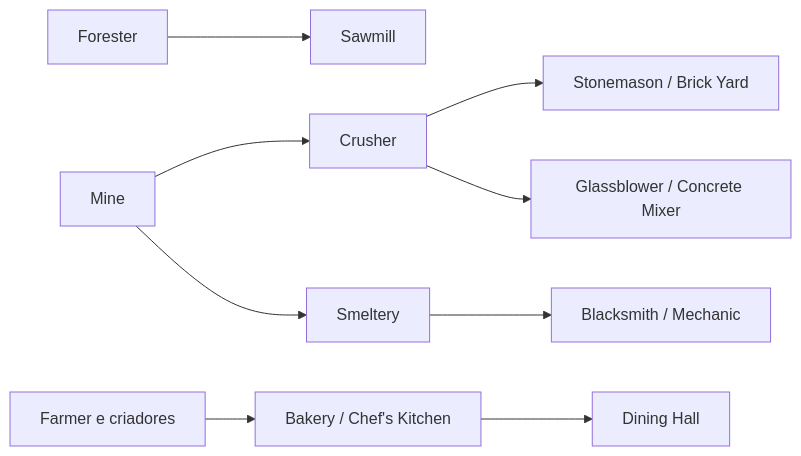
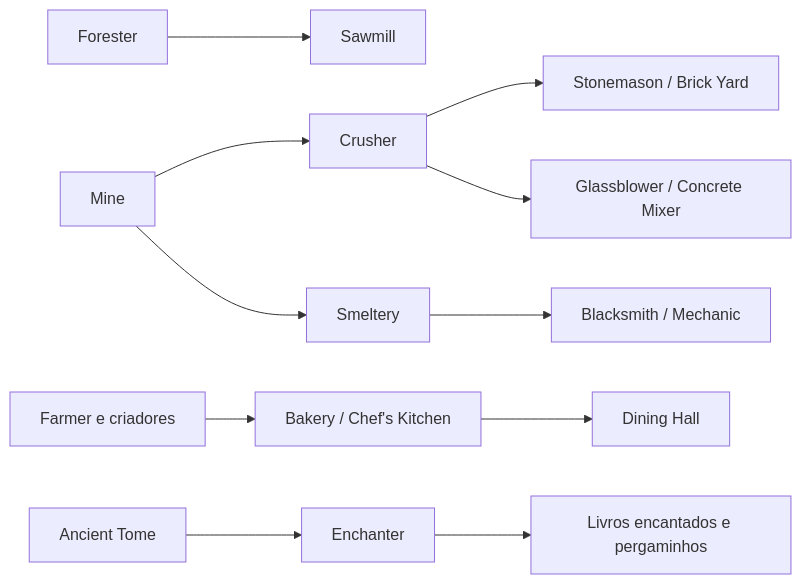
Before and after one commit to addandias/minecolonies-vault: the diagram in content/06 - Recursos e Produção/Matriz de receitas e oficinas.md, drawn with Mermaid. The commit also changed other lines of this file and 12 other files, not shown here.

````diff
--- a/content/06 - Recursos e Produção/Matriz de receitas e oficinas.md
+++ b/content/06 - Recursos e Produção/Matriz de receitas e oficinas.md
@@ -59,11 +66,13 @@
 ```mermaid
 flowchart LR
     A["Forester"] --> B["Sawmill"]
     C["Mine"] --> D["Crusher"]
     C --> E["Smeltery"]
     D --> F["Stonemason / Brick Yard"]
     D --> G["Glassblower / Concrete Mixer"]
     E --> H["Blacksmith / Mechanic"]
     I["Farmer e criadores"] --> J["Bakery / Chef's Kitchen"]
     J --> K["Dining Hall"]
+    L["Ancient Tome"] --> M["Enchanter"]
+    M --> N["Livros encantados e pergaminhos"]
 ```
````
